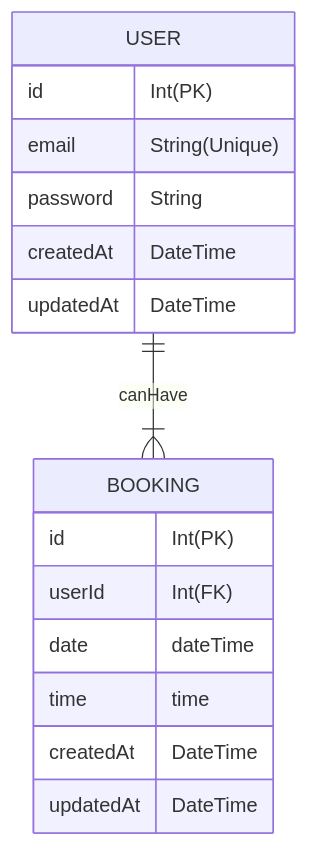
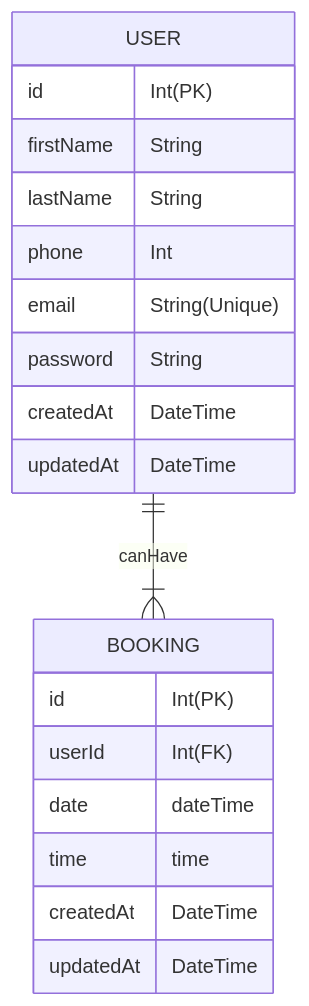
Before and after one commit to PeachyOmnivore/WellGroundedCounsellingServer: the diagram in ERD.md, drawn with Mermaid. The commit also changed 50 other files, not shown here.

Commit message:
feat: prisma and schema and DB started

````diff
--- a/ERD.md
+++ b/ERD.md
@@ -3,24 +3,27 @@
 ```mermaid
 
 erDiagram
 
 USER {
     id Int(PK)
+    firstName String
+    lastName String
+    phone Int
     email String(Unique)
     password String
     createdAt DateTime
     updatedAt DateTime
 }
 
 BOOKING {
     id Int(PK)
     userId Int(FK)
     date dateTime
     time time
     createdAt DateTime
     updatedAt DateTime
 }
 
 USER ||--|{ BOOKING : canHave
 
 ```
````
